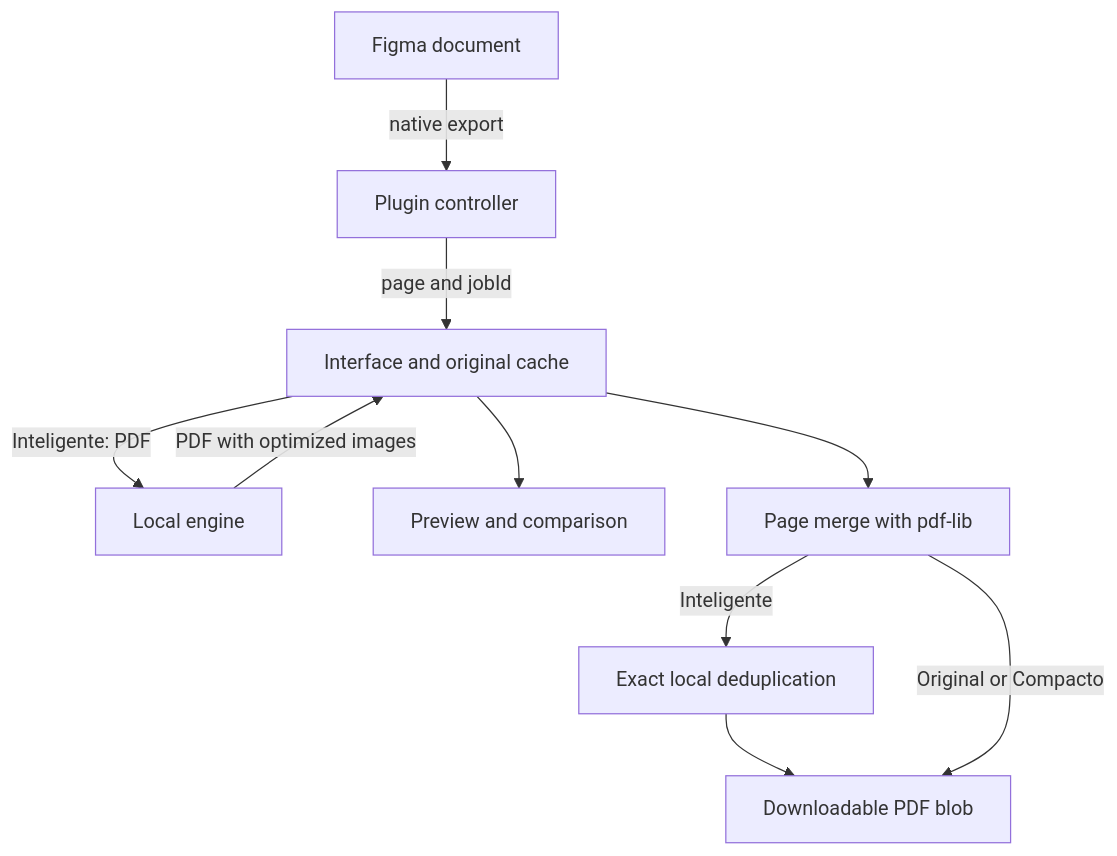
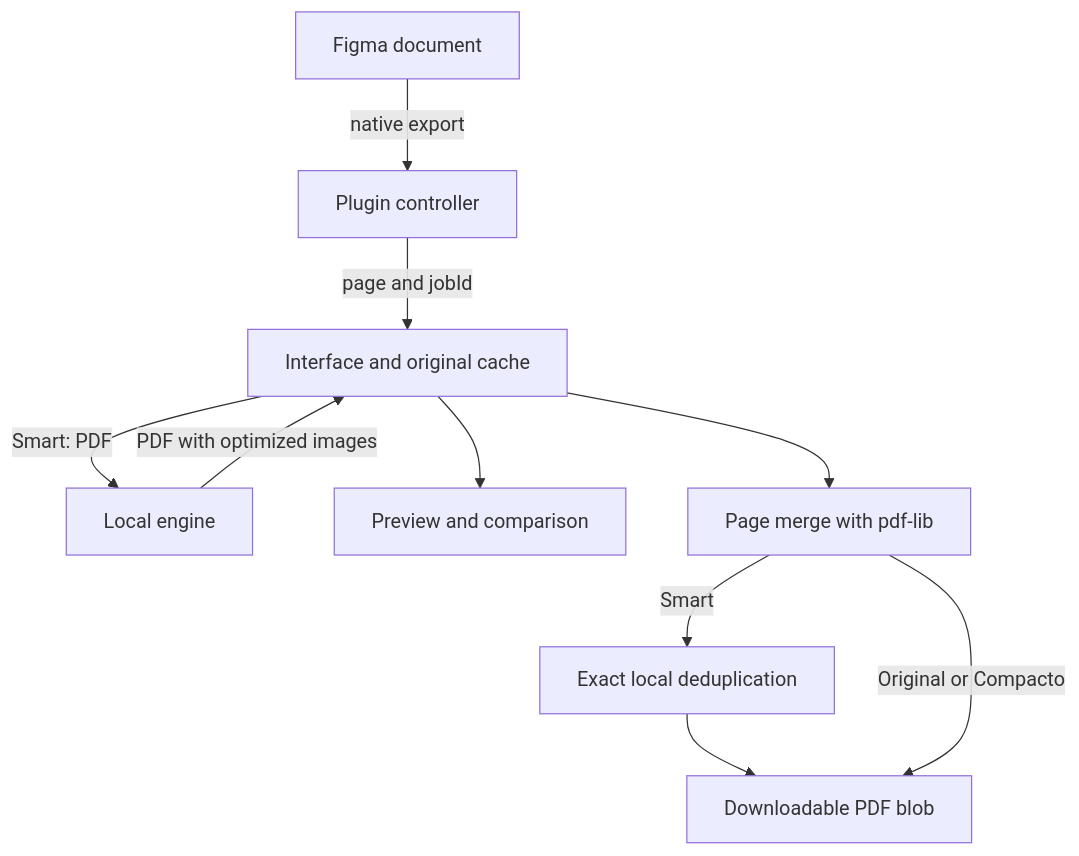
Before and after one commit to charliezstong/pluma-pdf: the diagram in docs/ARCHITECTURE.md, drawn with Mermaid. The commit also changed other lines of this file and 19 other files, not shown here.

````diff
--- a/docs/ARCHITECTURE.md
+++ b/docs/ARCHITECTURE.md
@@ -60,12 +62,12 @@
 ```mermaid
 flowchart TD
     F[Figma document] -->|native export| C[Plugin controller]
     C -->|page and jobId| U[Interface and original cache]
-    U -->|Inteligente: PDF| O[Local engine]
+    U -->|Smart: PDF| O[Local engine]
     O -->|PDF with optimized images| U
     U --> V[Preview and comparison]
     U --> M[Page merge with pdf-lib]
-    M -->|Inteligente| D[Exact local deduplication]
+    M -->|Smart| D[Exact local deduplication]
     D --> B[Downloadable PDF blob]
     M -->|Original or Compacto| B
 ```
````
